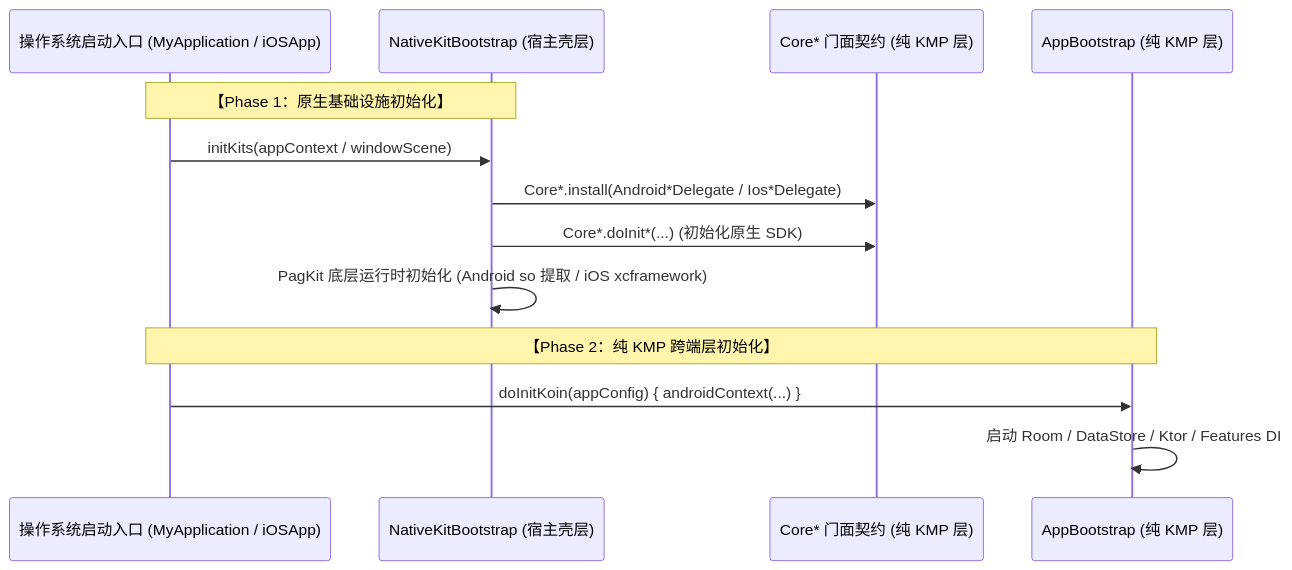
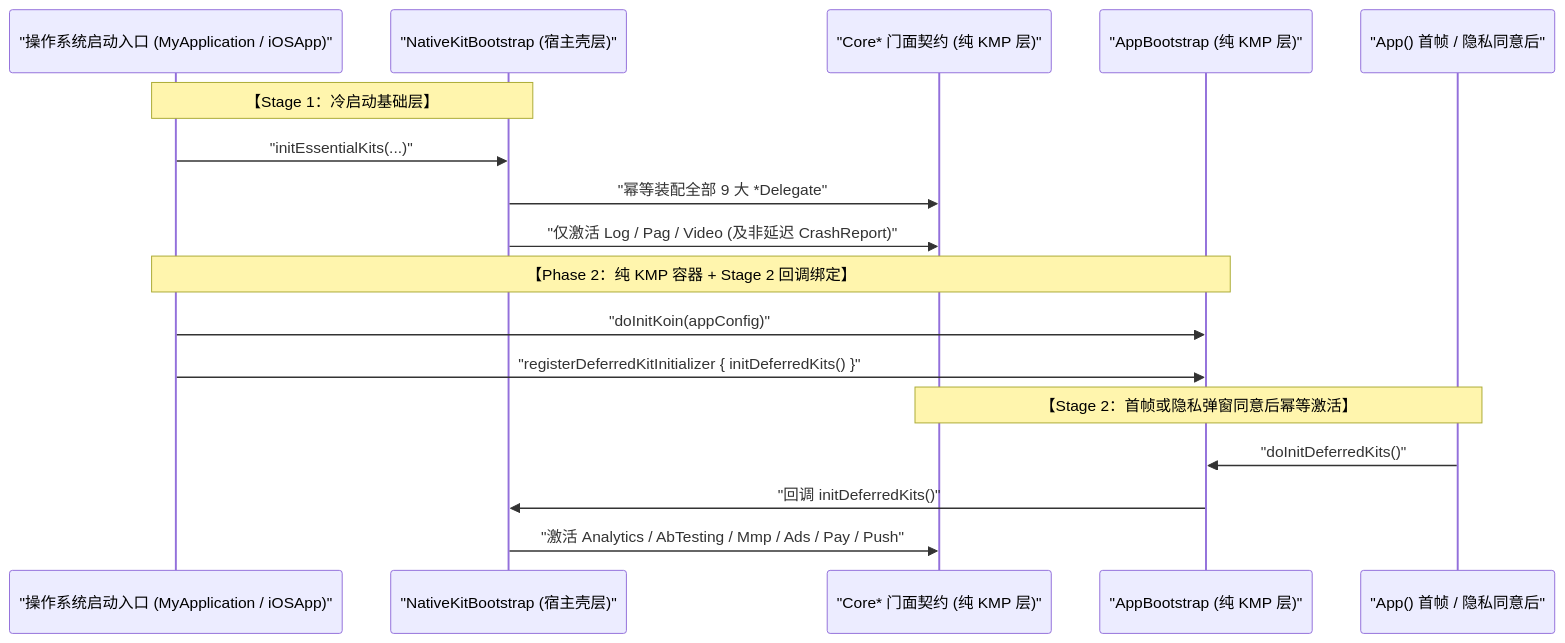
One commit to e-hai/Architecture changed the fourth of 5 diagrams in README.md. Above: the diagram before and after it, drawn with Mermaid. The commit also changed other lines of this file and 2 other files, not shown here.

Commit message:
chore(studio): simplify init fields in Config Studio and sync README/AGENTS docs

````diff
--- a/README.md
+++ b/README.md
@@ -307,17 +314,22 @@
 ```mermaid
 sequenceDiagram
-    participant OS as 操作系统启动入口 (MyApplication / iOSApp)
-    participant HostBootstrap as NativeKitBootstrap (宿主壳层)
-    participant CoreKits as Core* 门面契约 (纯 KMP 层)
-    participant KmpBootstrap as AppBootstrap (纯 KMP 层)
+    participant OS as "操作系统启动入口 (MyApplication / iOSApp)"
+    participant HostBootstrap as "NativeKitBootstrap (宿主壳层)"
+    participant CoreKits as "Core* 门面契约 (纯 KMP 层)"
+    participant KmpBootstrap as "AppBootstrap (纯 KMP 层)"
+    participant AppUI as "App() 首帧 / 隐私同意后"
 
-    Note over OS,HostBootstrap: 【Phase 1：原生基础设施初始化】
-    OS->>HostBootstrap: initKits(appContext / windowScene)
-    HostBootstrap->>CoreKits: Core*.install(Android*Delegate / Ios*Delegate)
-    HostBootstrap->>CoreKits: Core*.doInit*(...) (初始化原生 SDK)
-    HostBootstrap->>HostBootstrap: PagKit 底层运行时初始化 (Android so 提取 / iOS xcframework)
+    Note over OS,HostBootstrap: 【Stage 1：冷启动基础层】
+    OS->>HostBootstrap: "initEssentialKits(...)"
+    HostBootstrap->>CoreKits: "幂等装配全部 9 大 *Delegate"
+    HostBootstrap->>CoreKits: "仅激活 Log / Pag / Video (及非延迟 CrashReport)"
 
-    Note over OS,KmpBootstrap: 【Phase 2：纯 KMP 跨端层初始化】
-    OS->>KmpBootstrap: doInitKoin(appConfig) { androidContext(...) }
-    KmpBootstrap->>KmpBootstrap: 启动 Room / DataStore / Ktor / Features DI
+    Note over OS,KmpBootstrap: 【Phase 2：纯 KMP 容器 + Stage 2 回调绑定】
+    OS->>KmpBootstrap: "doInitKoin(appConfig)"
+    OS->>KmpBootstrap: "registerDeferredKitInitializer { initDeferredKits() }"
+
+    Note over AppUI,CoreKits: 【Stage 2：首帧或隐私弹窗同意后幂等激活】
+    AppUI->>KmpBootstrap: "doInitDeferredKits()"
+    KmpBootstrap->>HostBootstrap: "回调 initDeferredKits()"
+    HostBootstrap->>CoreKits: "激活 Analytics / AbTesting / Mmp / Ads / Pay / Push"
 ```
````
